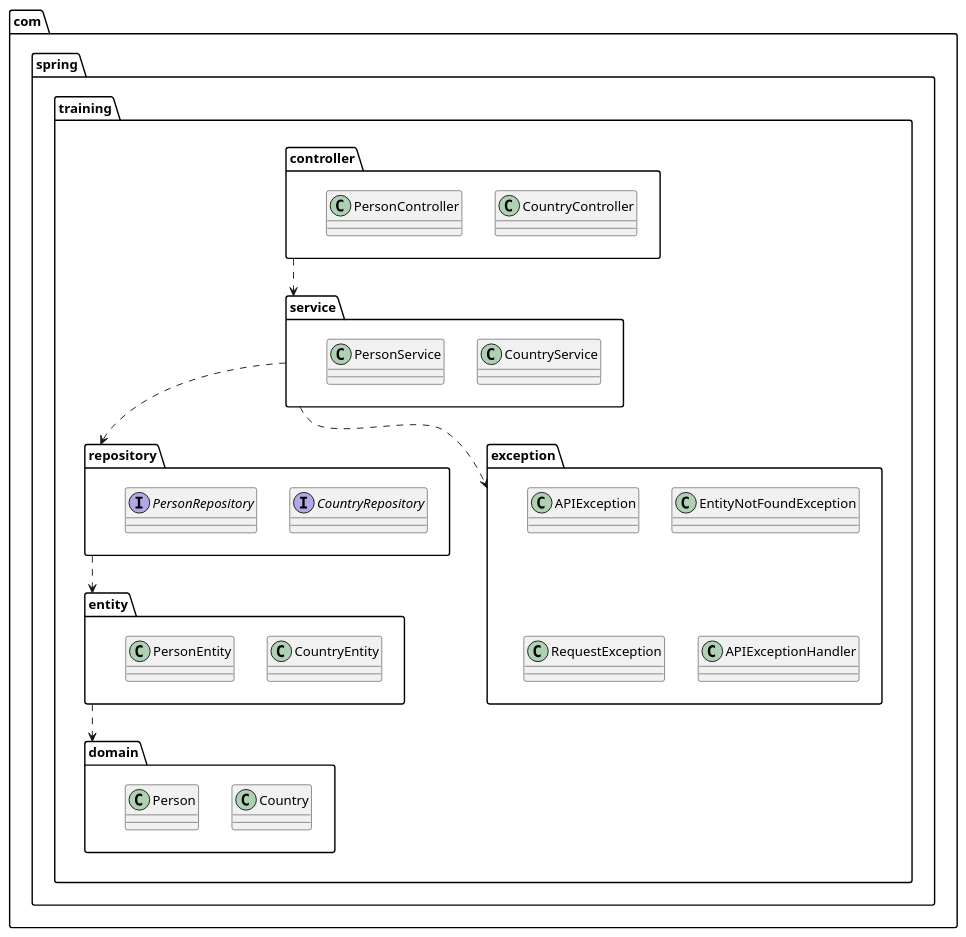
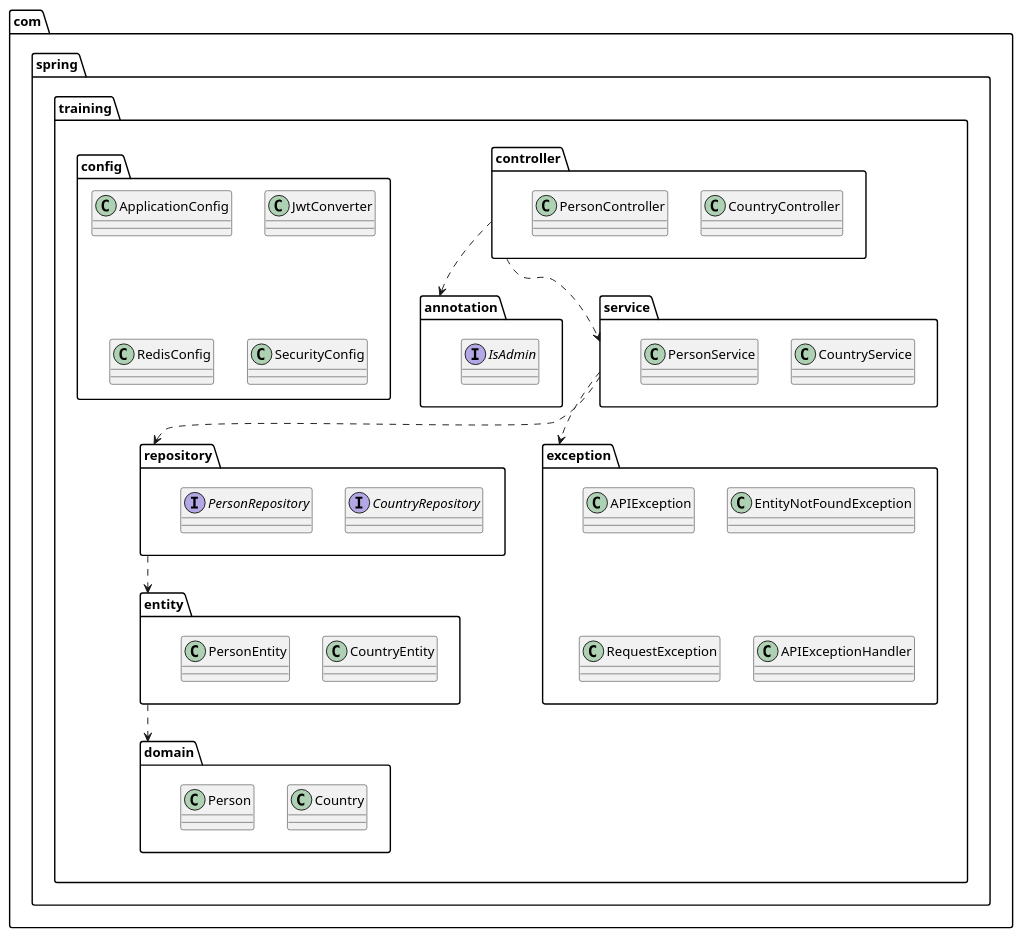
Before and after one commit to laminba2003/spring-rest-services: the first of 5 diagrams in src/main/asciidoc/index.adoc, drawn with PlantUML. The commit also changed 4 other files, not shown here.

```diff
--- a/src/main/asciidoc/index.adoc
+++ b/src/main/asciidoc/index.adoc
@@ -26,43 +26,55 @@
 [plantuml, Package-diagram, png]
 ----
 
 package com.spring.training.domain {
     class Country
     class Person
 }
 
 package com.spring.training.entity {
     class CountryEntity
     class PersonEntity
 }
 
 package com.spring.training.repository {
     interface CountryRepository
     interface PersonRepository
 }
 
 package com.spring.training.exception {
     class APIException
     class EntityNotFoundException
     class RequestException
     class APIExceptionHandler
 }
 
 package com.spring.training.service {
     class CountryService
     class PersonService
 }
 
 package com.spring.training.controller {
     class CountryController
     class PersonController
 }
 
+package com.spring.training.config {
+    class ApplicationConfig
+    class JwtConverter
+    class RedisConfig
+    class SecurityConfig
+}
+
+
+package com.spring.training.annotation {
+    interface IsAdmin
+}
 
 com.spring.training.entity ..> com.spring.training.domain
 com.spring.training.repository ..> com.spring.training.entity
 com.spring.training.service ..> com.spring.training.repository
 com.spring.training.service ..> com.spring.training.exception
 com.spring.training.controller ..> com.spring.training.service
+com.spring.training.controller ..> com.spring.training.annotation
 
 ----
```
